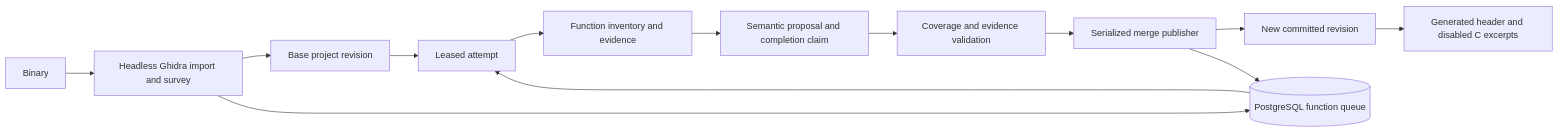
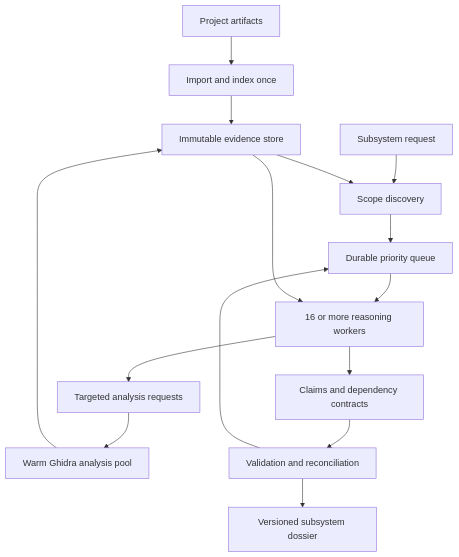
One commit to OSU-Hackathon-Team/HackOHIO_2026 changed the diagram in DecompPileline.md. Above: the diagram before and after it, drawn with Mermaid. The commit also changed other lines of this file and 13 other files, not shown here.

Commit message:
docs: define subsystem decompilation architecture and implementation plan

````diff
--- a/DecompPileline.md
+++ b/DecompPileline.md
@@ -22,15 +46,17 @@
 ```mermaid
-flowchart LR
-    B[Binary] --> G[Headless Ghidra import and survey]
-    G --> R[Base project revision]
-    G --> Q[(PostgreSQL function queue)]
-    Q --> A[Leased attempt]
-    R --> A
-    A --> I[Function inventory and evidence]
-    I --> P[Semantic proposal and completion claim]
-    P --> V[Coverage and evidence validation]
-    V --> M[Serialized merge publisher]
-    M --> R2[New committed revision]
-    M --> Q
-    R2 --> O[Generated header and disabled C excerpts]
+flowchart TD
+    A[Project artifacts] --> B[Import and index once]
+    B --> C[Immutable evidence store]
+    Q[Subsystem request] --> D[Scope discovery]
+    C --> D
+    D --> E[Durable priority queue]
+    E --> F[16 or more reasoning workers]
+    C --> F
+    F --> G[Claims and dependency contracts]
+    F --> H[Targeted analysis requests]
+    H --> I[Warm Ghidra analysis pool]
+    I --> C
+    G --> J[Validation and reconciliation]
+    J --> K[Versioned subsystem dossier]
+    J --> E
 ```
````
